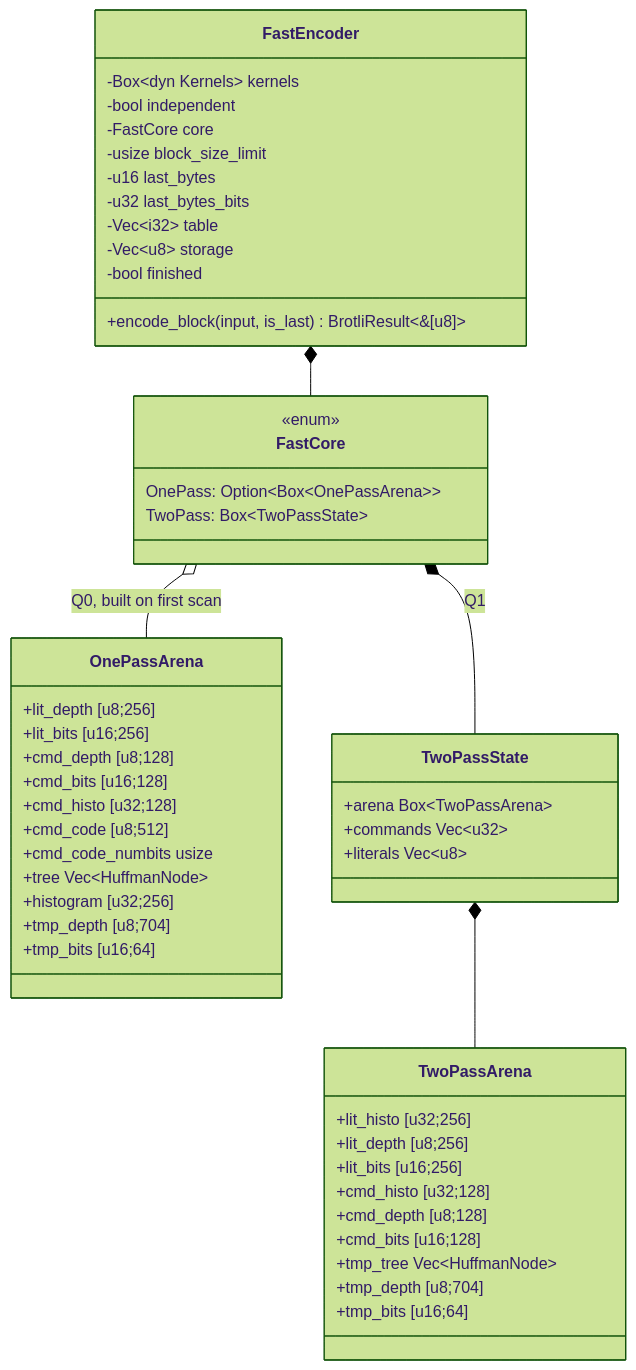
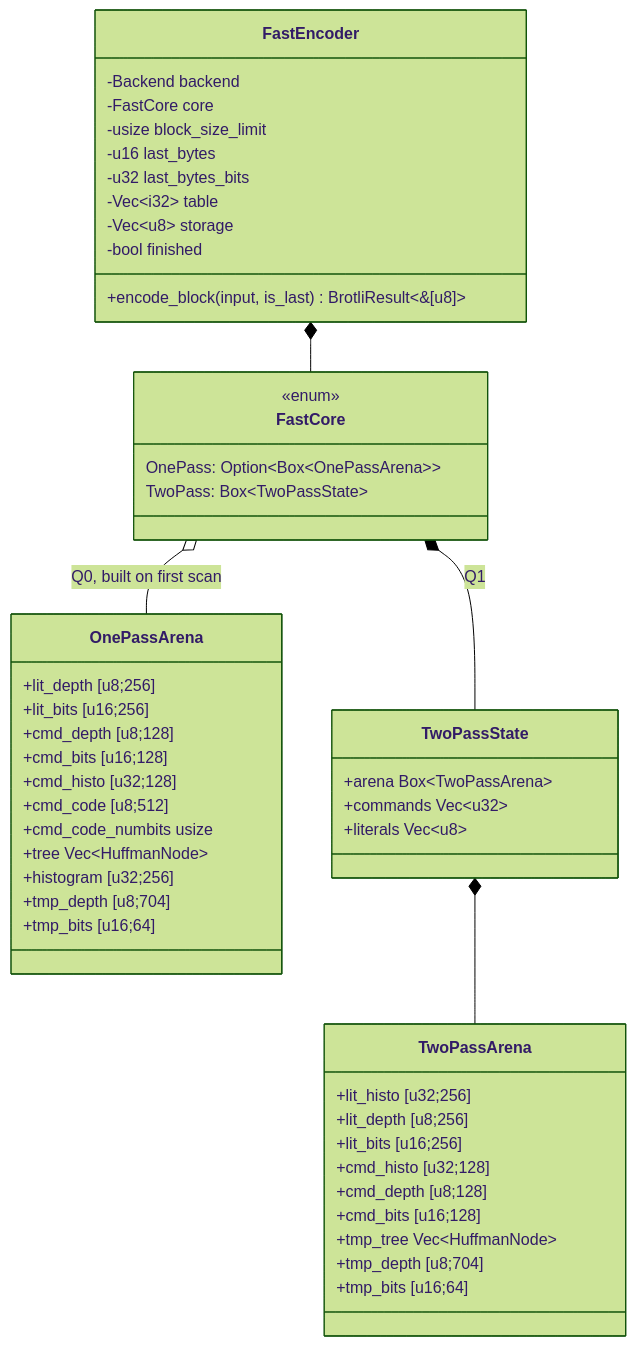
Before and after one commit to M-Compressors/mbrotli: the second of 10 diagrams in architecture/fast-encoder.md, drawn with Mermaid (forest theme). The commit also changed other lines of this file and 22 other files, not shown here.

Commit message:
remove dyn kernels and reuse default kernel for greedy

````diff
--- a/architecture/fast-encoder.md
+++ b/architecture/fast-encoder.md
@@ -81,54 +81,53 @@
 ```mermaid
 classDiagram
     class FastEncoder {
-        -Box~dyn Kernels~ kernels
-        -bool independent
+        -Backend backend
         -FastCore core
         -usize block_size_limit
         -u16 last_bytes
         -u32 last_bytes_bits
         -Vec~i32~ table
         -Vec~u8~ storage
         -bool finished
         +encode_block(input, is_last) BrotliResult~&[u8]~
     }
     class FastCore {
         <<enum>>
         OnePass: Option~Box~OnePassArena~~
         TwoPass: Box~TwoPassState~
     }
     class OnePassArena {
         +lit_depth [u8;256]
         +lit_bits [u16;256]
         +cmd_depth [u8;128]
         +cmd_bits [u16;128]
         +cmd_histo [u32;128]
         +cmd_code [u8;512]
         +cmd_code_numbits usize
         +tree Vec~HuffmanNode~
         +histogram [u32;256]
         +tmp_depth [u8;704]
         +tmp_bits [u16;64]
     }
     class TwoPassState {
         +arena Box~TwoPassArena~
         +commands Vec~u32~
         +literals Vec~u8~
     }
     class TwoPassArena {
         +lit_histo [u32;256]
         +lit_depth [u8;256]
         +lit_bits [u16;256]
         +cmd_histo [u32;128]
         +cmd_depth [u8;128]
         +cmd_bits [u16;128]
         +tmp_tree Vec~HuffmanNode~
         +tmp_depth [u8;704]
         +tmp_bits [u16;64]
     }
 
     FastEncoder *-- FastCore
     FastCore o-- OnePassArena : Q0, built on first scan
     FastCore *-- TwoPassState : Q1
     TwoPassState *-- TwoPassArena
 ```
````
